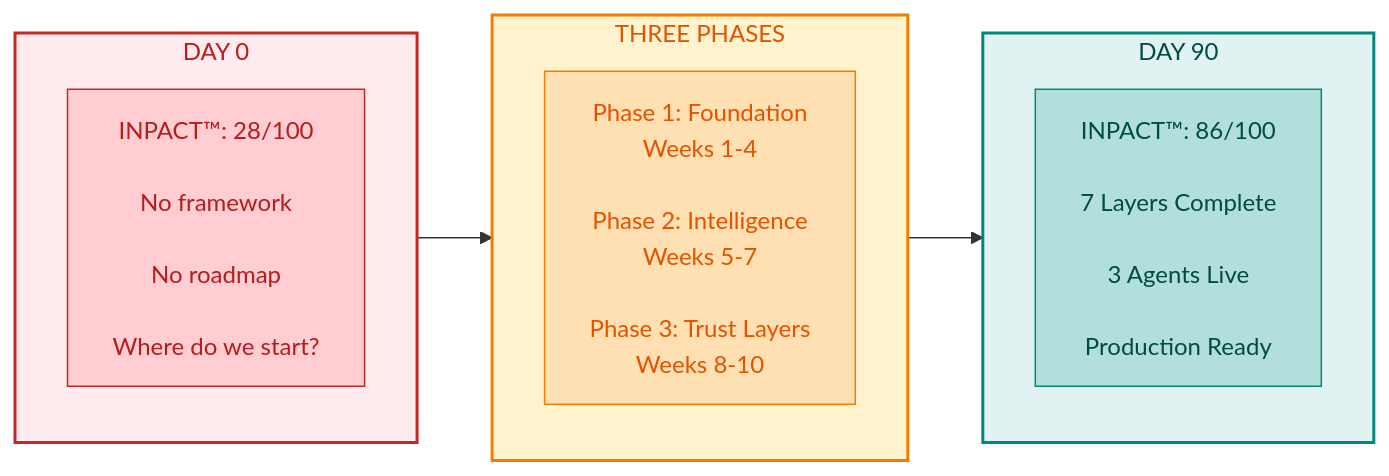
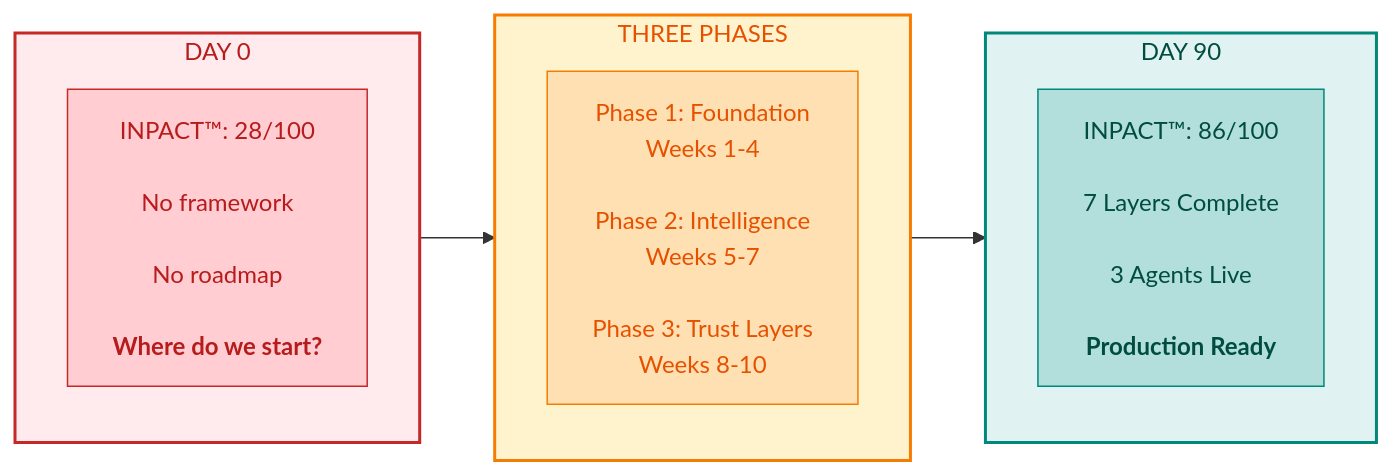
One commit to colaberry/trust-before-intelligence-book changed the first of 4 diagrams in manuscript/04_chapter_3_from_bi_to_agent_v2_5.md. Above: the diagram before and after it, drawn with Mermaid. The commit also changed 5 other files, not shown here.

````diff
--- a/manuscript/04_chapter_3_from_bi_to_agent_v2_5.md
+++ b/manuscript/04_chapter_3_from_bi_to_agent_v2_5.md
@@ -15,28 +15,28 @@
 ```mermaid
 
 graph LR
     subgraph BEFORE["DAY 0"]
         direction TB
-        B1["INPACT™: 28/100<br/><br/>No framework<br/><br/>No roadmap<br/><br/>Where do we start?"]
+        B1["INPACT™: 28/100<br/><br/>No framework<br/><br/>No roadmap<br/><br/><b>Where do we start?</b>"]
     end
     
     subgraph PHASES["THREE PHASES"]
         direction TB
         P1["Phase 1: Foundation<br/>Weeks 1-4<br/><br/>Phase 2: Intelligence<br/>Weeks 5-7<br/><br/>Phase 3: Trust Layers<br/>Weeks 8-10"]
     end
     
     subgraph AFTER["DAY 90"]
         direction TB
-        A1["INPACT™: 86/100<br/><br/>7 Layers Complete<br/><br/>3 Agents Live<br/><br/>Production Ready"]
+        A1["INPACT™: 86/100<br/><br/>7 Layers Complete<br/><br/>3 Agents Live<br/><br/><b>Production Ready</b>"]
     end
     
     BEFORE --> PHASES --> AFTER
     
     style BEFORE fill:#ffebee,stroke:#c62828,stroke-width:2px,color:#b71c1c
     style PHASES fill:#fff3cd,stroke:#f57c00,stroke-width:2px,color:#e65100
     style AFTER fill:#e0f2f1,stroke:#00897b,stroke-width:2px,color:#004d40
     style B1 fill:#ffcdd2,stroke:#c62828,color:#b71c1c
     style P1 fill:#ffe0b2,stroke:#f57c00,color:#e65100
     style A1 fill:#b2dfdb,stroke:#00897b,color:#004d40
 
 ```
````
